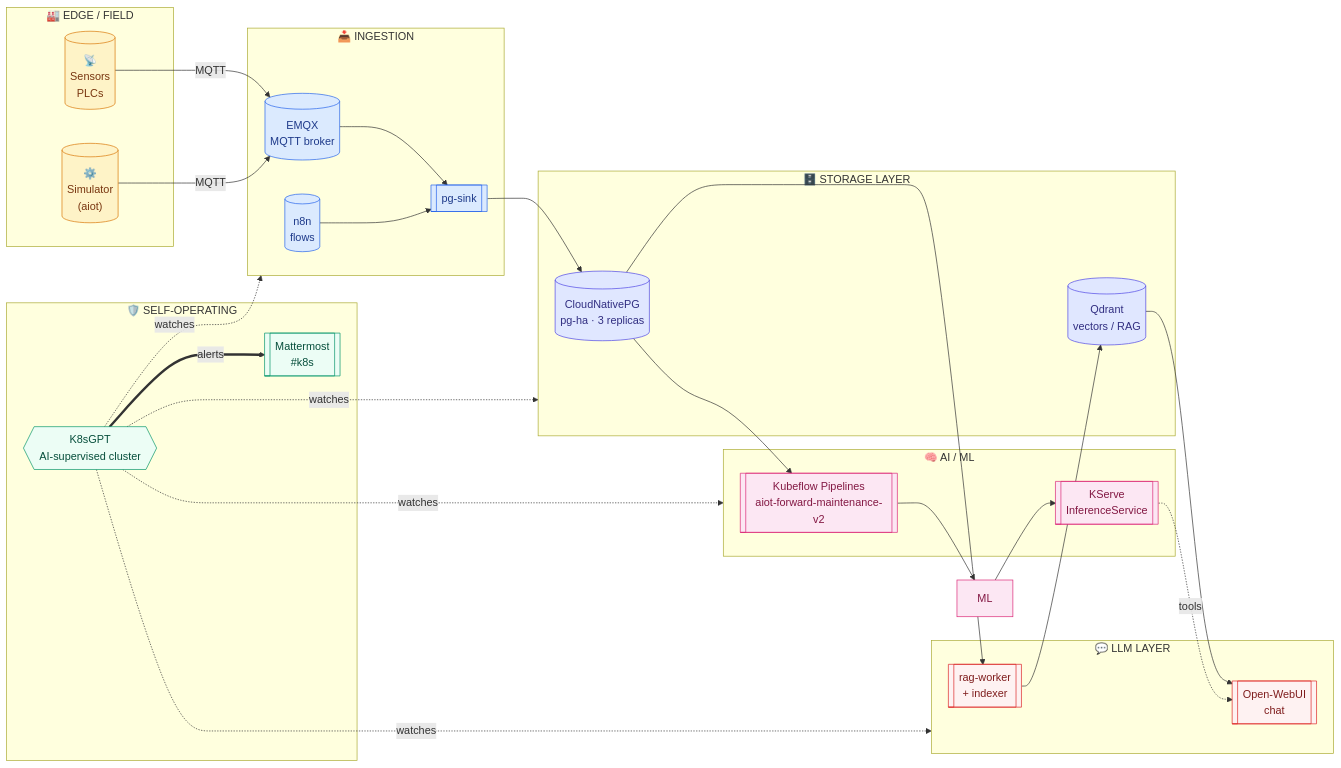
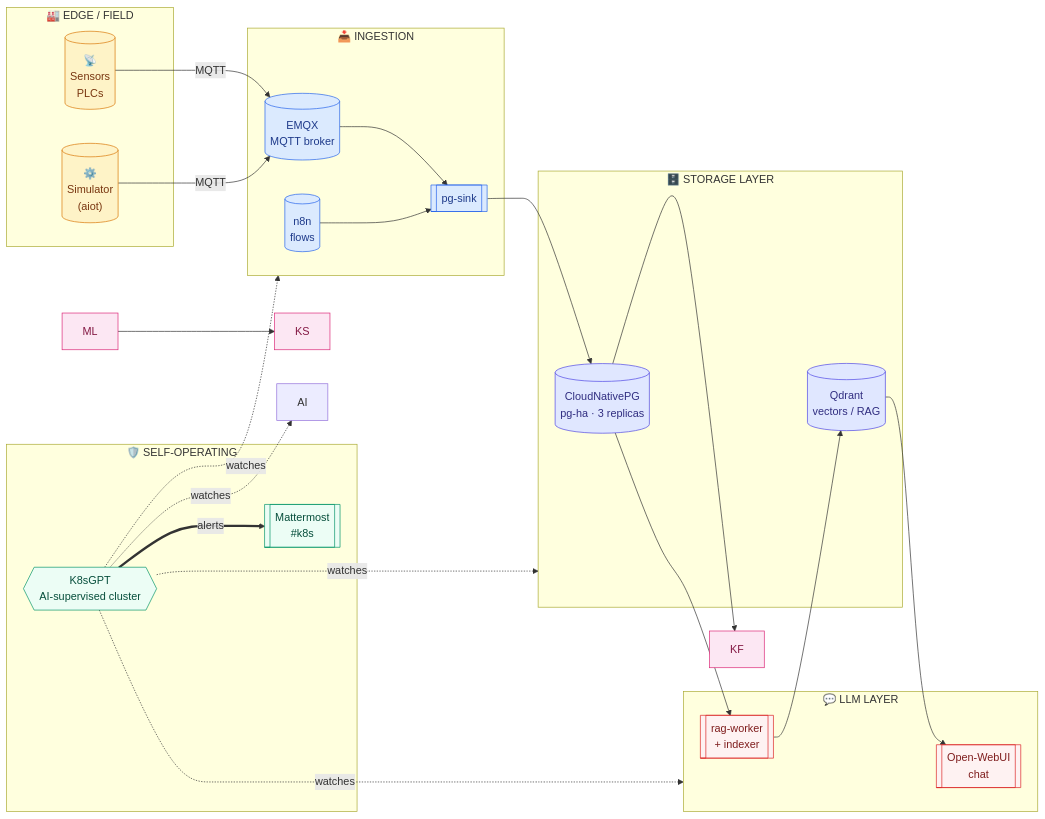
One commit to ondrejnr/aiot-platform changed the second of 5 diagrams in README.md. Above: the diagram before and after it, drawn with Mermaid. The commit also changed other lines of this file, not shown here.

First line of the commit message:
docs: drop Kubeflow/MLflow/KServe/training references

````diff
--- a/README.md
+++ b/README.md
@@ -77,64 +75,57 @@
 ```mermaid
 flowchart LR
     subgraph EDGE["🏭 EDGE / FIELD"]
         S1[("📡<br/>Sensors<br/>PLCs")]
         S2[("⚙️<br/>Simulator<br/>(aiot)")]
     end
 
     subgraph INGEST["📥 INGESTION"]
         MQ[("EMQX<br/>MQTT broker")]
         N8[("n8n<br/>flows")]
         SINK[["pg-sink"]]
     end
 
     subgraph STORE["🗄️ STORAGE LAYER"]
         PG[("CloudNativePG<br/>pg-ha · 3 replicas")]
         QD[("Qdrant<br/>vectors / RAG")]
     end
 
-    subgraph AI["🧠 AI / ML"]
-        KF[["Kubeflow Pipelines<br/>aiot-forward-maintenance-v2"]]
-        KS[["KServe<br/>InferenceService"]]
-    end
-
     subgraph LLM["💬 LLM LAYER"]
         OW[["Open-WebUI<br/>chat"]]
         RAG[["rag-worker<br/>+ indexer"]]
     end
 
     subgraph OPS["🛡️ SELF-OPERATING"]
         KG{{"K8sGPT<br/>AI-supervised cluster"}}
         MM[["Mattermost<br/>#k8s"]]
     end
 
     S1 & S2 -->|MQTT| MQ
     MQ --> SINK
     N8 --> SINK
     SINK --> PG
     PG --> KF
-    KF --> ML
     ML --> KS
     PG --> RAG
     RAG --> QD
     QD --> OW
-    KS -.tools.-> OW
 
     KG -.watches.-> INGEST
     KG -.watches.-> STORE
     KG -.watches.-> AI
     KG -.watches.-> LLM
     KG ==alerts==> MM
 
     classDef edge fill:#fef3c7,stroke:#d97706,color:#78350f
     classDef ingest fill:#dbeafe,stroke:#2563eb,color:#1e3a8a
     classDef store fill:#e0e7ff,stroke:#4f46e5,color:#312e81
     classDef ai fill:#fce7f3,stroke:#db2777,color:#831843
     classDef llm fill:#fef2f2,stroke:#dc2626,color:#7f1d1d
     classDef ops fill:#ecfdf5,stroke:#059669,color:#064e3b
     class S1,S2 edge
     class MQ,N8,SINK ingest
     class PG,QD store
     class KF,ML,KS ai
     class OW,RAG llm
     class KG,MM ops
 ```
````
